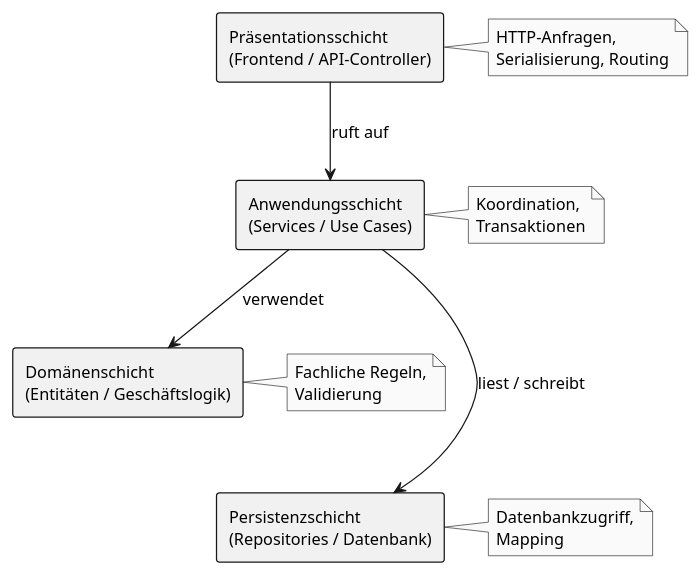
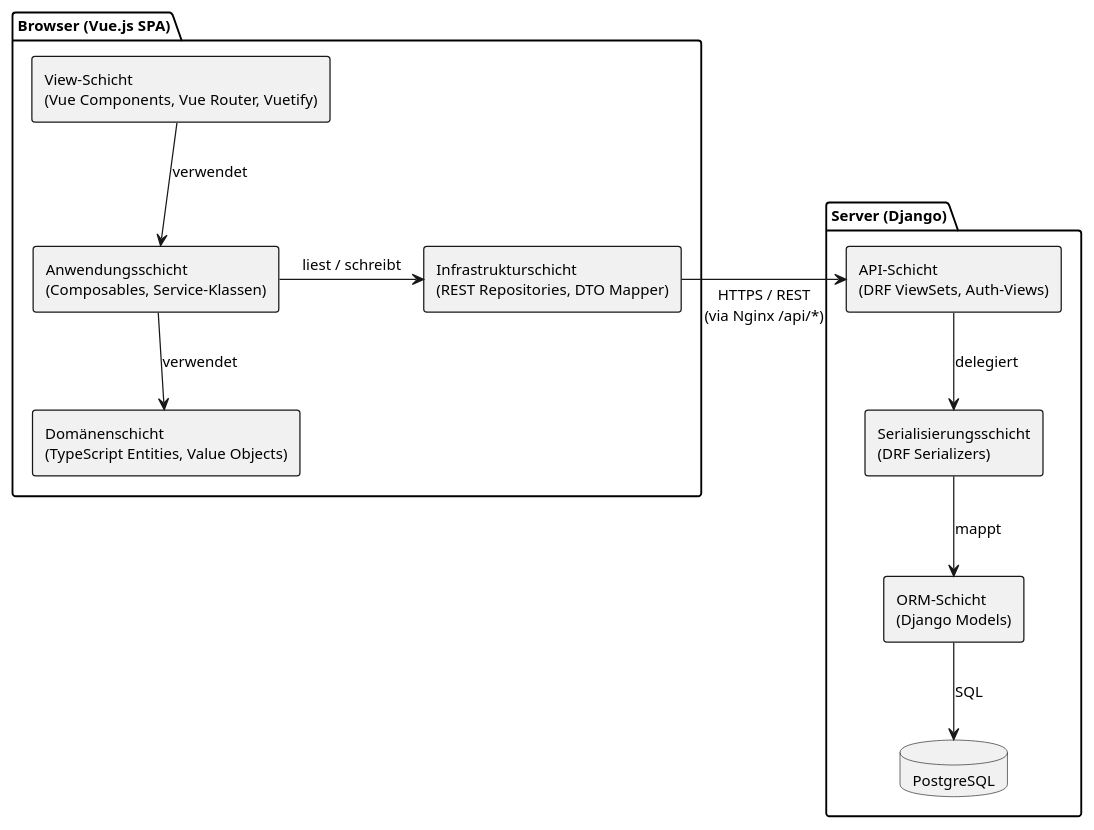
Before and after one commit to SE-Team-E1/SE-SubscriptionGuard: the first of 4 diagrams in docs/technical/design.adoc, drawn with PlantUML. The commit also changed other lines of this file, not shown here.

```diff
--- a/docs/technical/design.adoc
+++ b/docs/technical/design.adoc
@@ -24,24 +18,33 @@
 [plantuml, layer-diagram, svg]
 ....
 @startuml
 skinparam monochrome true
-skinparam defaultFontSize 13
+skinparam defaultFontSize 12
 skinparam rectangleBorderThickness 1
 
-rectangle "Präsentationsschicht\n(Frontend / API-Controller)" as presentation
-rectangle "Anwendungsschicht\n(Services / Use Cases)" as application
-rectangle "Domänenschicht\n(Entitäten / Geschäftslogik)" as domain
-rectangle "Persistenzschicht\n(Repositories / Datenbank)" as persistence
+package "Browser (Vue.js SPA)" {
+  rectangle "View-Schicht\n(Vue Components, Vue Router, Vuetify)" as view
+  rectangle "Anwendungsschicht\n(Composables, Service-Klassen)" as app
+  rectangle "Domänenschicht\n(TypeScript Entities, Value Objects)" as domain
+  rectangle "Infrastrukturschicht\n(REST Repositories, DTO Mapper)" as infra
 
-presentation -down-> application : ruft auf
-application -down-> domain : verwendet
-application -down-> persistence : liest / schreibt
-domain -[hidden]down- persistence
+  view -down-> app : verwendet
+  app -down-> domain : verwendet
+  app -right-> infra : liest / schreibt
+}
 
-note right of presentation : HTTP-Anfragen,\nSerialisierung, Routing
-note right of application : Koordination,\nTransaktionen
-note right of domain : Fachliche Regeln,\nValidierung
-note right of persistence : Datenbankzugriff,\nMapping
+package "Server (Django)" {
+  rectangle "API-Schicht\n(DRF ViewSets, Auth-Views)" as api
+  rectangle "Serialisierungsschicht\n(DRF Serializers)" as serial
+  rectangle "ORM-Schicht\n(Django Models)" as orm
+  database "PostgreSQL" as db
+
+  api -down-> serial : delegiert
+  serial -down-> orm : mappt
+  orm -down-> db : SQL
+}
+
+infra -right-> api : HTTPS / REST\n(via Nginx /api/*)
 
 @enduml
 ....
```
